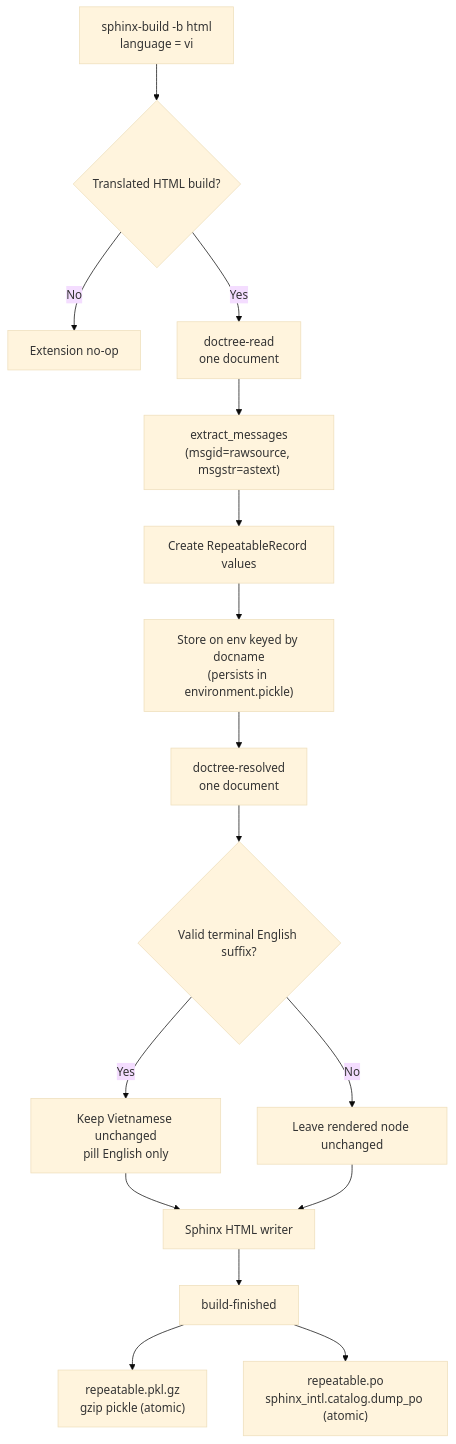
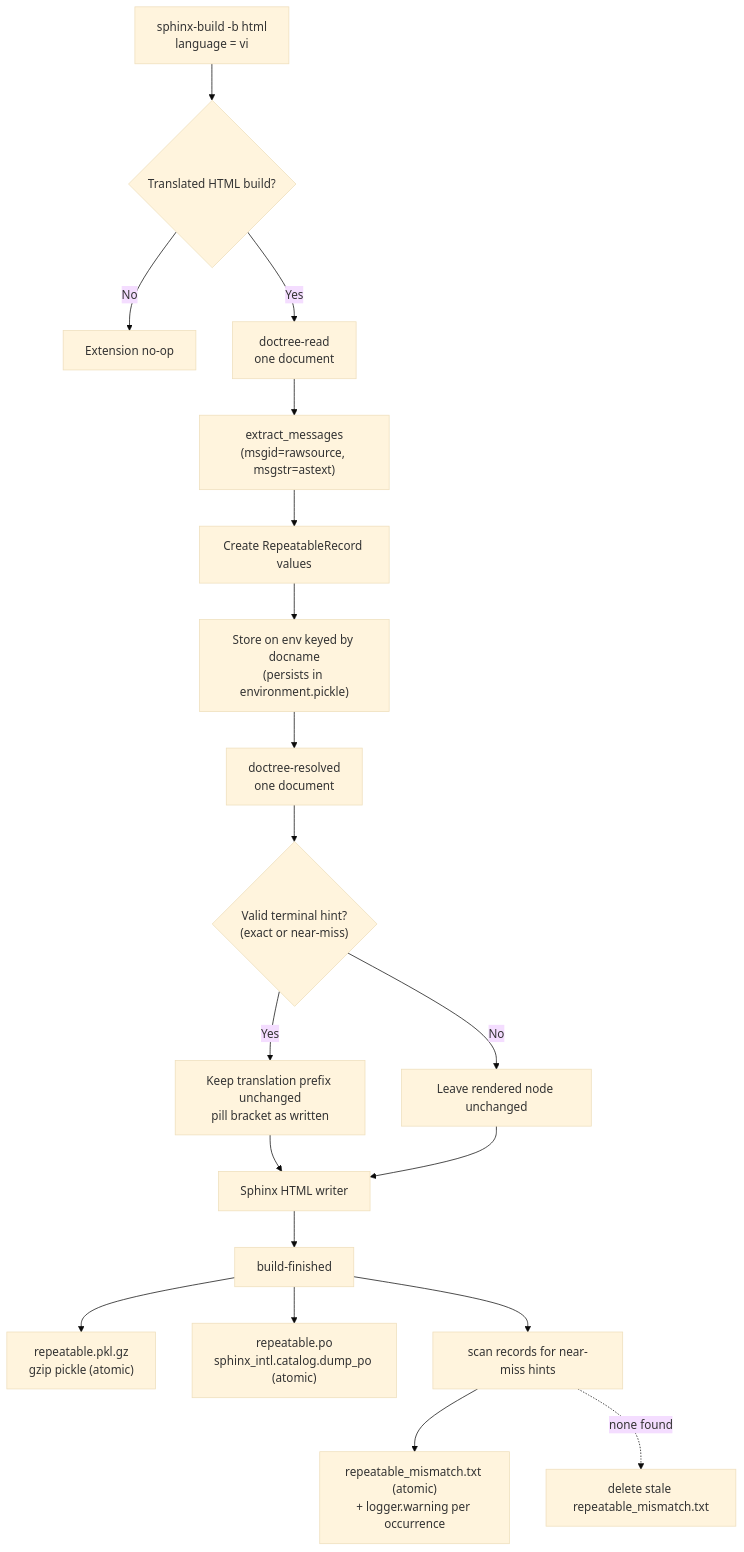
Before and after one commit to hoangduytran/blender-manual: the first of 4 diagrams in tests/20260622_141959_repeatable-record-sphinx-extension-plan.md, drawn with Mermaid (base theme). The commit also changed other lines of this file and 8 other files, not shown here.

````diff
--- a/tests/20260622_141959_repeatable-record-sphinx-extension-plan.md
+++ b/tests/20260622_141959_repeatable-record-sphinx-extension-plan.md
@@ -157,18 +178,21 @@
 ```mermaid
 flowchart TD
     A["sphinx-build -b html<br/>language = vi"] --> B{"Translated HTML build?"}
     B -- No --> Z["Extension no-op"]
     B -- Yes --> E["doctree-read<br/>one document"]
     E --> F["extract_messages<br/>(msgid=rawsource, msgstr=astext)"]
     F --> G["Create RepeatableRecord values"]
     G --> L["Store on env keyed by docname<br/>(persists in environment.pickle)"]
     L --> R["doctree-resolved<br/>one document"]
-    R --> H{"Valid terminal English suffix?"}
-    H -- Yes --> I["Keep Vietnamese unchanged<br/>pill English only"]
+    R --> H{"Valid terminal hint?<br/>(exact or near-miss)"}
+    H -- Yes --> I["Keep translation prefix unchanged<br/>pill bracket as written"]
     H -- No --> J["Leave rendered node unchanged"]
     I --> K["Sphinx HTML writer"]
     J --> K
     K --> M["build-finished"]
     M --> N["repeatable.pkl.gz<br/>gzip pickle (atomic)"]
     M --> O["repeatable.po<br/>sphinx_intl.catalog.dump_po (atomic)"]
+    M --> P["scan records for near-miss hints"]
+    P --> Q["repeatable_mismatch.txt (atomic)<br/>+ logger.warning per occurrence"]
+    P -. "none found" .-> Q2["delete stale repeatable_mismatch.txt"]
 ```
````
